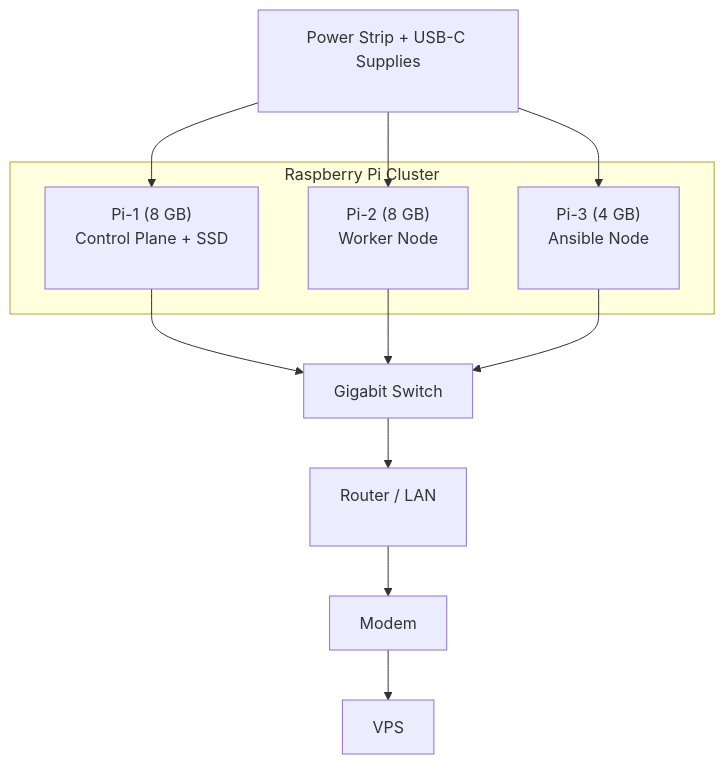
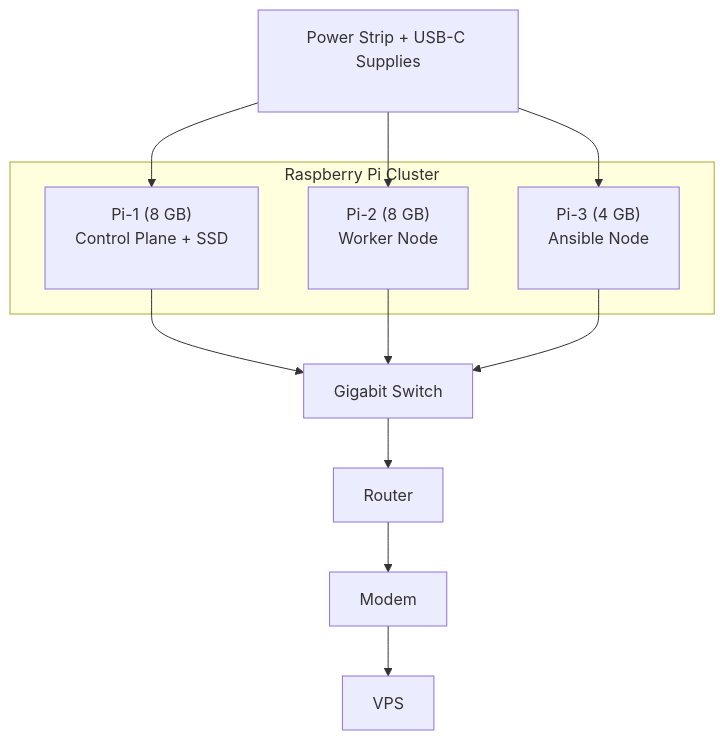
One commit to henryhall897/homelabwiki changed the diagram in public/infrastructure/hardware/pi-cluster.md. Above: the diagram before and after it, drawn with Mermaid. The commit also changed other lines of this file, not shown here.

````diff
--- a/public/infrastructure/hardware/pi-cluster.md
+++ b/public/infrastructure/hardware/pi-cluster.md
@@ -43,24 +43,24 @@
 ```mermaid
 flowchart TB
   subgraph Rack["Raspberry Pi Cluster\n\n"]
     CP["Pi-1 (8 GB)\nControl Plane + SSD\n\n"]
     WK["Pi-2 (8 GB)\nWorker Node\n\n"]
     ANS["Pi-3 (4 GB)\nAnsible Node\n\n"]
   end
 
   SW["Gigabit Switch"]
   PSU["Power Strip + USB-C Supplies\n\n"]
-  NET["Router / LAN\n\n"]
+  NET["Router"]
   MDM["Modem"]
   VPS["VPS"]
 
   CP --> SW
   WK --> SW
   ANS --> SW
   SW --> NET
   PSU --> CP
   PSU --> WK
   PSU --> ANS
   NET --> MDM
   MDM --> VPS
 ```
````
